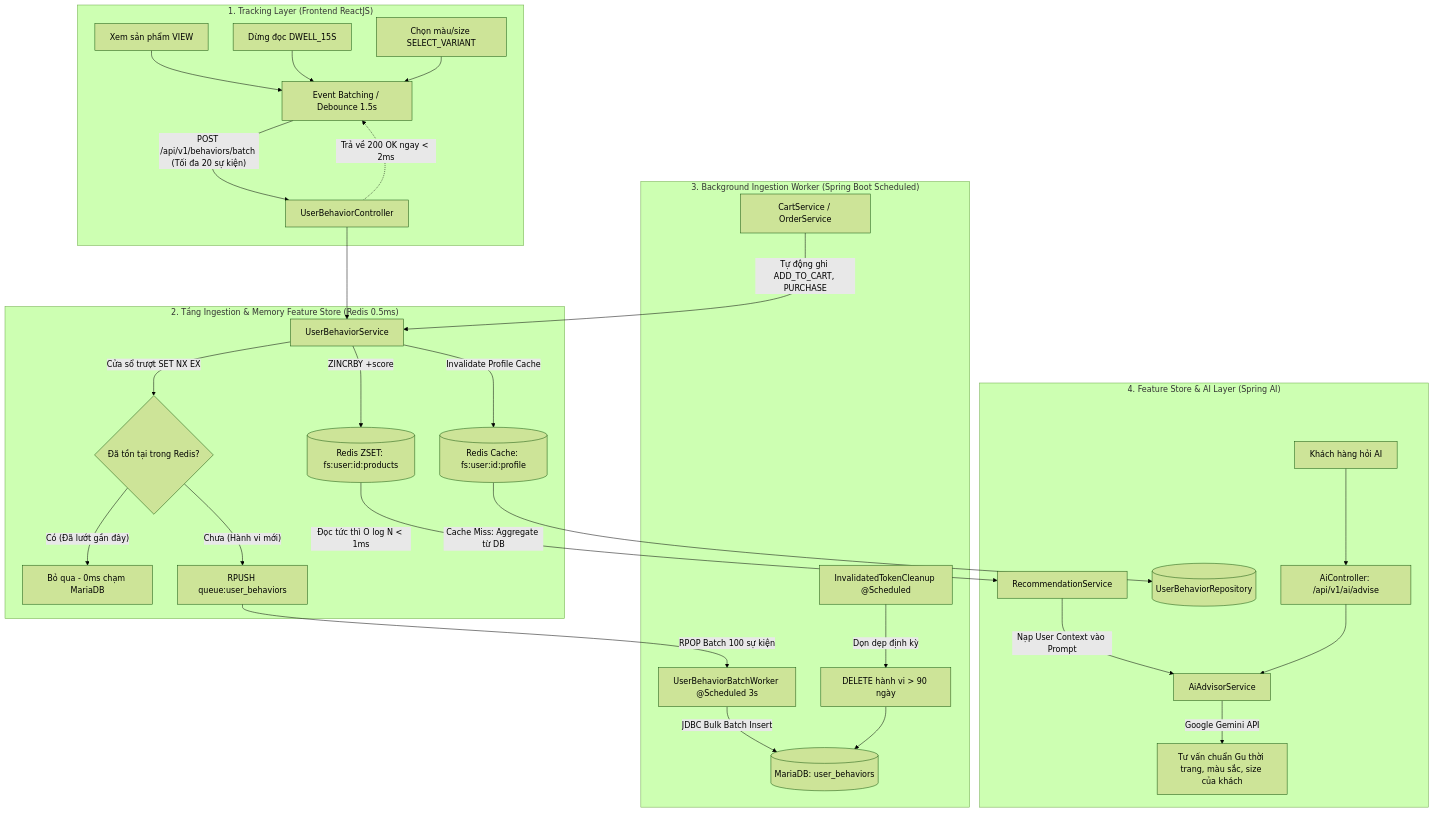
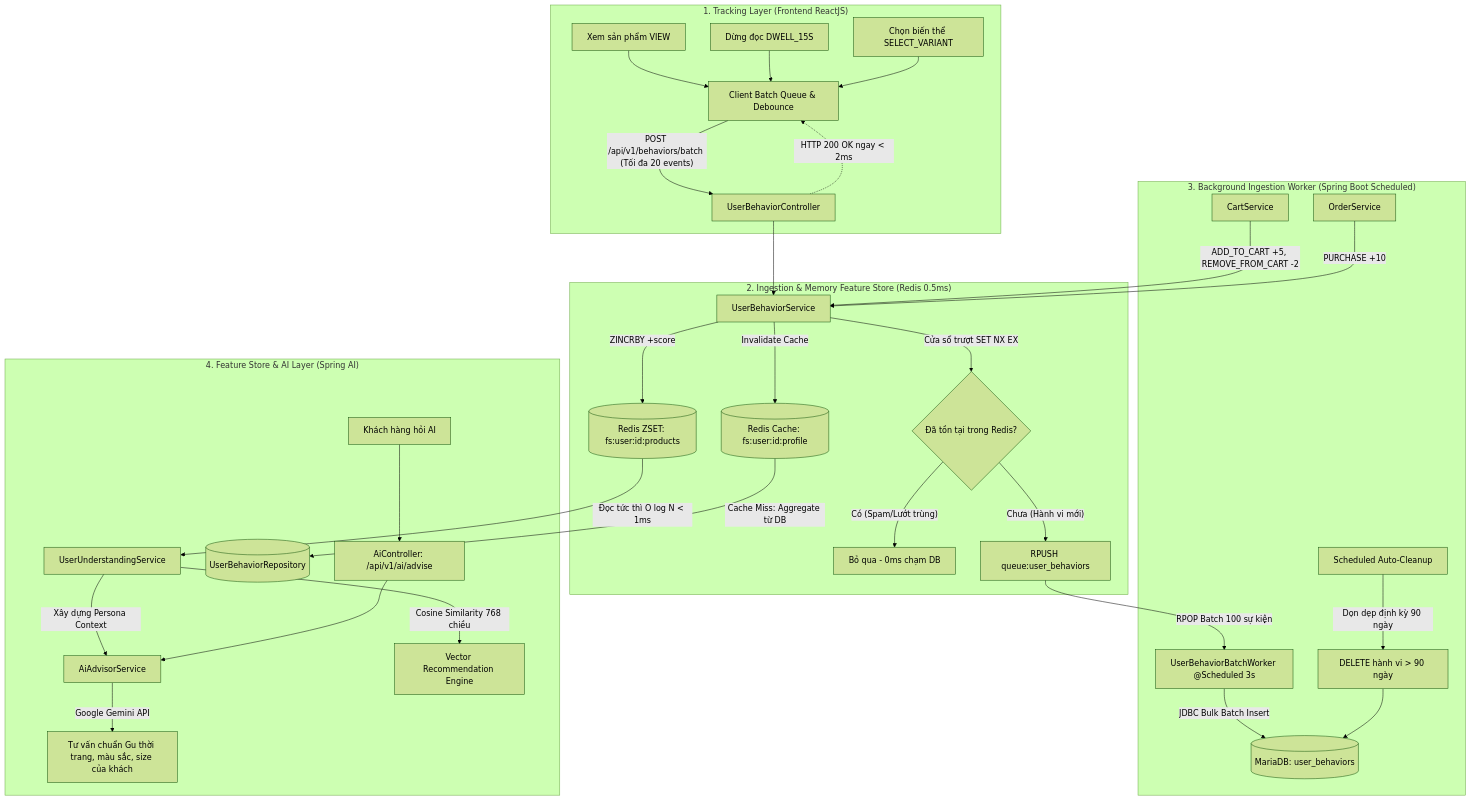
Before and after one commit to TranDinhSi1401/fashion-website-frontend: the first of 4 diagrams in docs/USER_BEHAVIOR_FEATURE_STORE.md, drawn with Mermaid (forest theme). The commit also changed other lines of this file, not shown here.

Commit message:
docs: sync and enhance comprehensive user behavior feature store architecture docs for graduation defense

````diff
--- a/docs/USER_BEHAVIOR_FEATURE_STORE.md
+++ b/docs/USER_BEHAVIOR_FEATURE_STORE.md
@@ -10,36 +48,38 @@
 ```mermaid
 flowchart TD
     subgraph Client ["1. Tracking Layer (Frontend ReactJS)"]
-        A1[Xem sản phẩm VIEW] --> B[Event Batching / Debounce 1.5s]
+        A1[Xem sản phẩm VIEW] --> B[Client Batch Queue & Debounce]
         A2[Dừng đọc DWELL_15S] --> B
-        A3[Chọn màu/size SELECT_VARIANT] --> B
-        B -- "POST /api/v1/behaviors/batch (Tối đa 20 sự kiện)" --> C[UserBehaviorController]
+        A3[Chọn biến thể SELECT_VARIANT] --> B
+        B -- "POST /api/v1/behaviors/batch (Tối đa 20 events)" --> C[UserBehaviorController]
     end
 
-    subgraph RedisLayer ["2. Tầng Ingestion & Memory Feature Store (Redis 0.5ms)"]
+    subgraph RedisLayer ["2. Ingestion & Memory Feature Store (Redis 0.5ms)"]
         C --> D[UserBehaviorService]
         D -->|Cửa sổ trượt SET NX EX| E{Đã tồn tại trong Redis?}
-        E -- "Có (Đã lướt gần đây)" --> DISCARD[Bỏ qua - 0ms chạm MariaDB]
+        E -- "Có (Spam/Lướt trùng)" --> DISCARD[Bỏ qua - 0ms chạm DB]
         E -- "Chưa (Hành vi mới)" --> F[RPUSH queue:user_behaviors]
         D -->|ZINCRBY +score| FS_PROD[(Redis ZSET: fs:user:id:products)]
-        D -->|Invalidate Profile Cache| FS_CACHE[(Redis Cache: fs:user:id:profile)]
-        C -.->|Trả về 200 OK ngay < 2ms| B
+        D -->|Invalidate Cache| FS_CACHE[(Redis Cache: fs:user:id:profile)]
+        C -.->|HTTP 200 OK ngay < 2ms| B
     end
 
     subgraph Worker ["3. Background Ingestion Worker (Spring Boot Scheduled)"]
         F -->|RPOP Batch 100 sự kiện| BW[UserBehaviorBatchWorker @Scheduled 3s]
         BW -->|JDBC Bulk Batch Insert| H[(MariaDB: user_behaviors)]
-        K[CartService / OrderService] -->|Tự động ghi ADD_TO_CART, PURCHASE| D
-        CRON[InvalidatedTokenCleanup @Scheduled] -->|Dọn dẹp định kỳ| I[DELETE hành vi > 90 ngày]
-        I --> H
+        K1[CartService] -->|ADD_TO_CART +5, REMOVE_FROM_CART -2| D
+        K2[OrderService] -->|PURCHASE +10| D
+        CRON[Scheduled Auto-Cleanup] -->|Dọn dẹp định kỳ 90 ngày| DEL[DELETE hành vi > 90 ngày]
+        DEL --> H
     end
 
     subgraph FeatureStore ["4. Feature Store & AI Layer (Spring AI)"]
-        FS_PROD -->|Đọc tức thì O log N < 1ms| N[RecommendationService]
+        FS_PROD -->|Đọc tức thì O log N < 1ms| N[UserUnderstandingService]
         FS_CACHE -->|Cache Miss: Aggregate từ DB| DB_REPO[(UserBehaviorRepository)]
-        N -->|Nạp User Context vào Prompt| O[AiAdvisorService]
+        N -->|Xây dựng Persona Context| O[AiAdvisorService]
+        N -->|Cosine Similarity 768 chiều| VEC[Vector Recommendation Engine]
         P[Khách hàng hỏi AI] --> Q[AiController: /api/v1/ai/advise]
         Q --> O
         O -->|Google Gemini API| R[Tư vấn chuẩn Gu thời trang, màu sắc, size của khách]
     end
 ```
````
